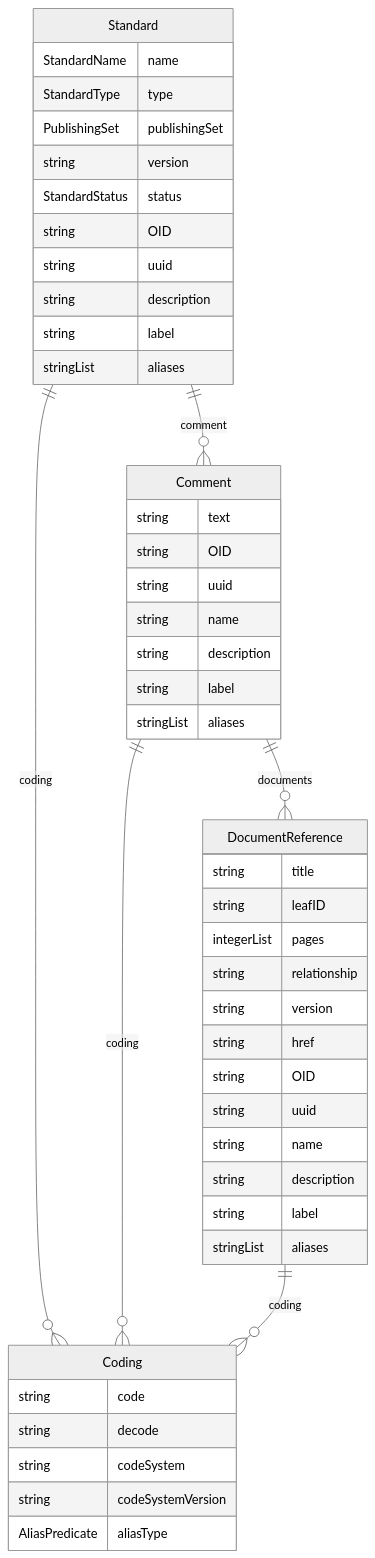
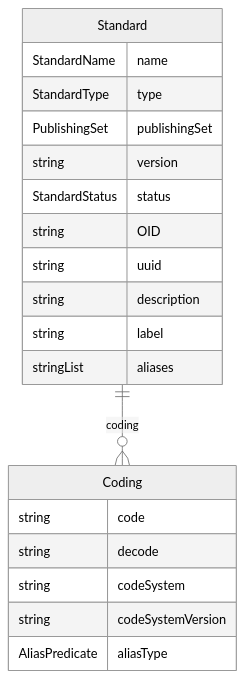
One commit to TeMeta/define-json changed the diagram in docs/classes/Standard.md. Above: the diagram before and after it, drawn with Mermaid (neutral theme). The commit also changed other lines of this file and 260 other files, not shown here.

````diff
--- a/docs/classes/Standard.md
+++ b/docs/classes/Standard.md
@@ -16,52 +16,25 @@
 ```mermaid
 erDiagram
 Standard {
     StandardName name  
     StandardType type  
     PublishingSet publishingSet  
     string version  
     StandardStatus status  
     string OID  
     string uuid  
     string description  
     string label  
     stringList aliases  
 }
 Coding {
     string code  
     string decode  
     string codeSystem  
     string codeSystemVersion  
     AliasPredicate aliasType  
 }
-Comment {
-    string text  
-    string OID  
-    string uuid  
-    string name  
-    string description  
-    string label  
-    stringList aliases  
-}
-DocumentReference {
-    string title  
-    string leafID  
-    integerList pages  
-    string relationship  
-    string version  
-    string href  
-    string OID  
-    string uuid  
-    string name  
-    string description  
-    string label  
-    stringList aliases  
-}
 
-Standard ||--}o Comment : "comment"
 Standard ||--}o Coding : "coding"
-Comment ||--}o DocumentReference : "documents"
-Comment ||--}o Coding : "coding"
-DocumentReference ||--}o Coding : "coding"
 
 ```
````
